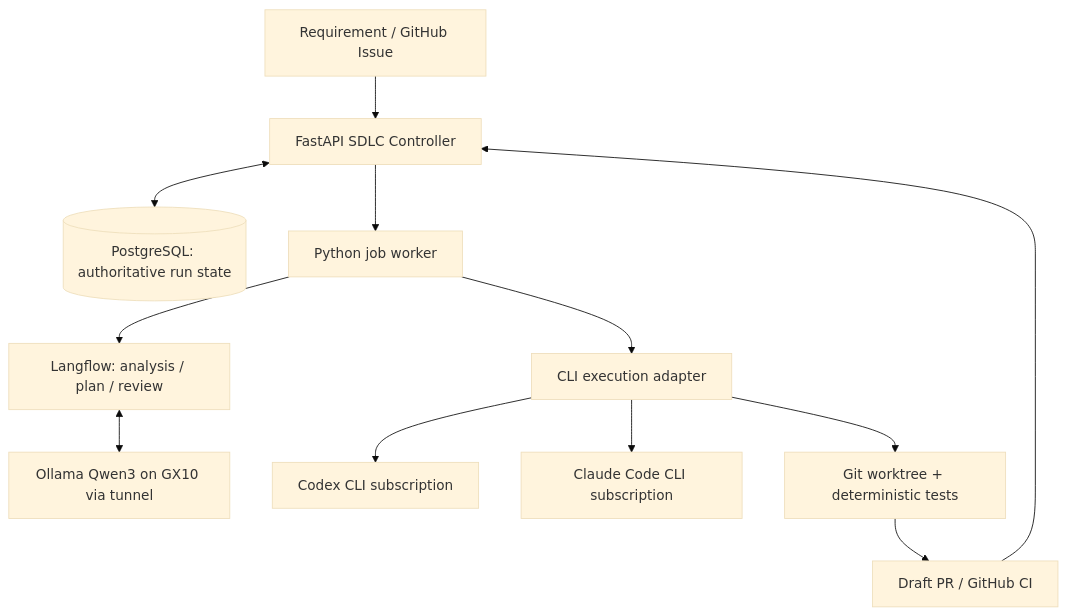
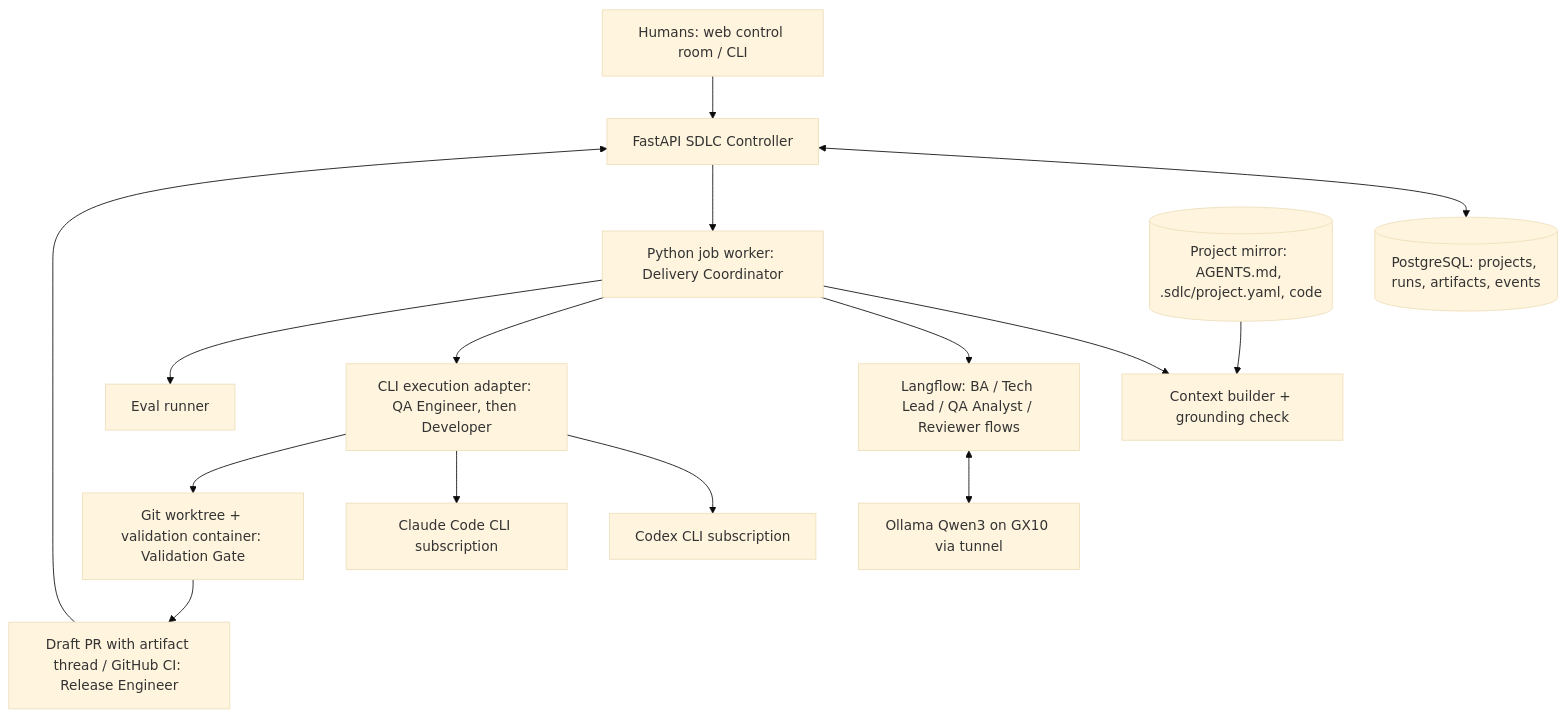
One commit to congdanh910/ai-native-sdlc changed the diagram in AI_Native_SDLC_Option_B.md. Above: the diagram before and after it, drawn with Mermaid (base theme). The commit also changed other lines of this file and 92 other files, not shown here.

````diff
--- a/AI_Native_SDLC_Option_B.md
+++ b/AI_Native_SDLC_Option_B.md
@@ -53,14 +330,17 @@
 ```mermaid
 flowchart TD
-  I[Requirement / GitHub Issue] --> A[FastAPI SDLC Controller]
-  A <--> P[(PostgreSQL: authoritative run state)]
-  A --> W[Python job worker]
-  W --> L[Langflow: analysis / plan / review]
+  U[Humans: web control room / CLI] --> A[FastAPI SDLC Controller]
+  A <--> P[(PostgreSQL: projects, runs, artifacts, events)]
+  A --> W[Python job worker: Delivery Coordinator]
+  W --> X[Context builder + grounding check]
+  W --> L[Langflow: BA / Tech Lead / QA Analyst / Reviewer flows]
   L <--> O[Ollama Qwen3 on GX10 via tunnel]
-  W --> E[CLI execution adapter]
-  E --> C[Codex CLI subscription]
-  E --> D[Claude Code CLI subscription]
-  E --> G[Git worktree + deterministic tests]
-  G --> R[Draft PR / GitHub CI]
+  W --> Q[CLI execution adapter: QA Engineer, then Developer]
+  Q --> C[Codex CLI subscription]
+  Q --> D[Claude Code CLI subscription]
+  Q --> G[Git worktree + validation container: Validation Gate]
+  G --> R[Draft PR with artifact thread / GitHub CI: Release Engineer]
+  W --> V[Eval runner]
   R --> A
+  M[(Project mirror: AGENTS.md, .sdlc/project.yaml, code)] --> X
 ```
````
